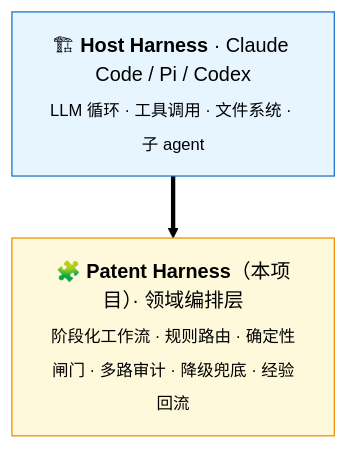
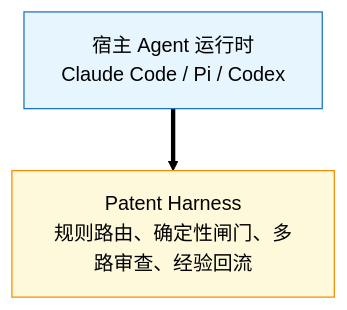
Before and after one commit to q1480371991/patent-harness: the first of 4 diagrams in README.md, drawn with Mermaid (forest theme). The commit also changed other lines of this file, not shown here.

Commit message:
docs: README 重写——去掉 emoji 编号/破折号/排比句，修 mermaid 边标签解析错误

````diff
--- a/README.md
+++ b/README.md
@@ -29,9 +28,8 @@
 ```mermaid
 flowchart TB
-    H["🏗 <b>Host Harness</b> · Claude Code / Pi / Codex<br/><sub>LLM 循环 · 工具调用 · 文件系统 · 子 agent</sub>"]
-    P["🧩 <b>Patent Harness</b>（本项目）· 领域编排层<br/><sub>阶段化工作流 · 规则路由 · 确定性闸门 · 多路审计 · 降级兜底 · 经验回流</sub>"]
+    H["宿主 Agent 运行时<br/>Claude Code / Pi / Codex"]
+    P["Patent Harness<br/>规则路由、确定性闸门、多路审查、经验回流"]
     H ==> P
-
     style H fill:#e7f5ff,stroke:#1971c2
     style P fill:#fff9db,stroke:#f08c00
 ```
````
